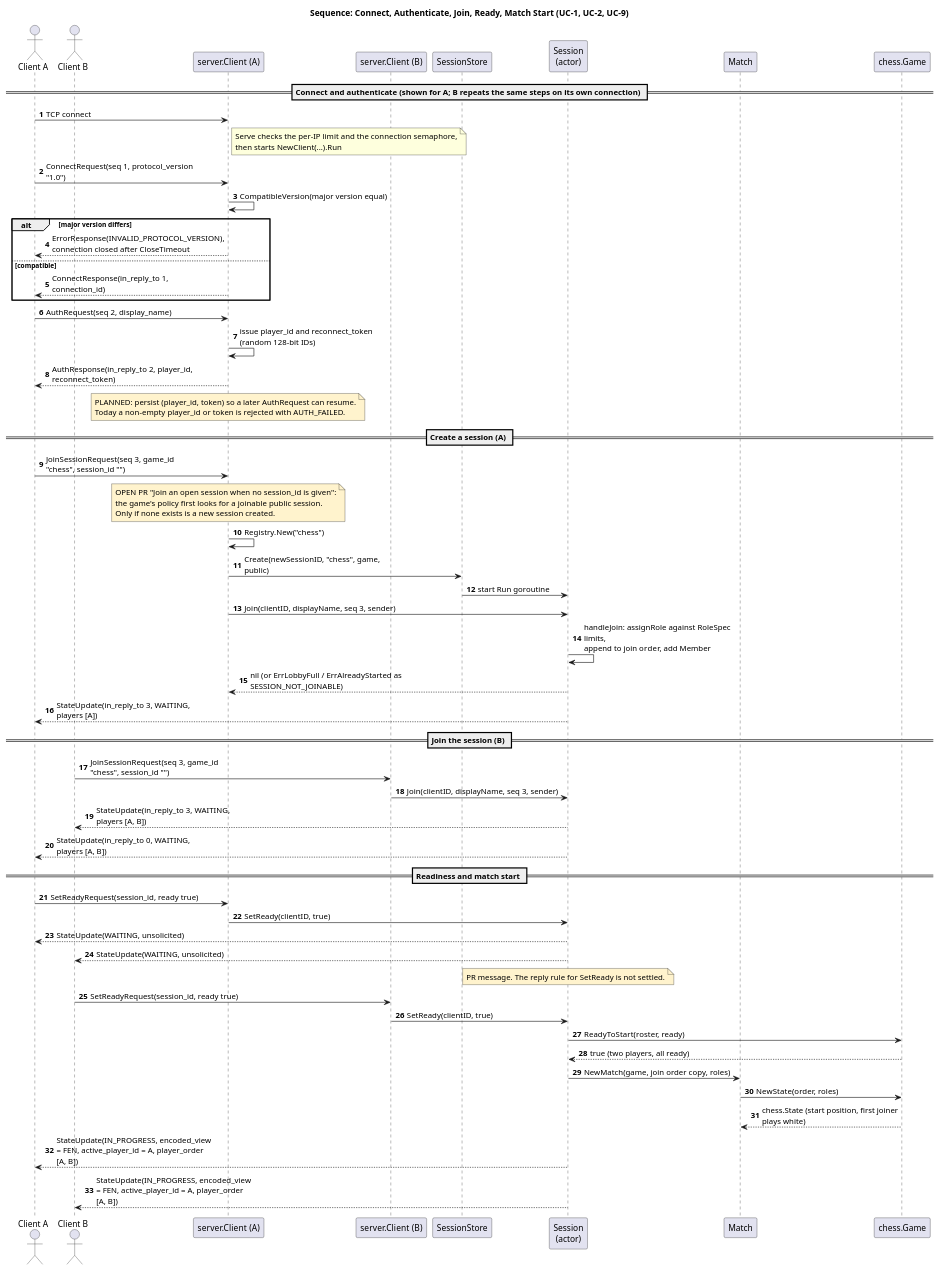
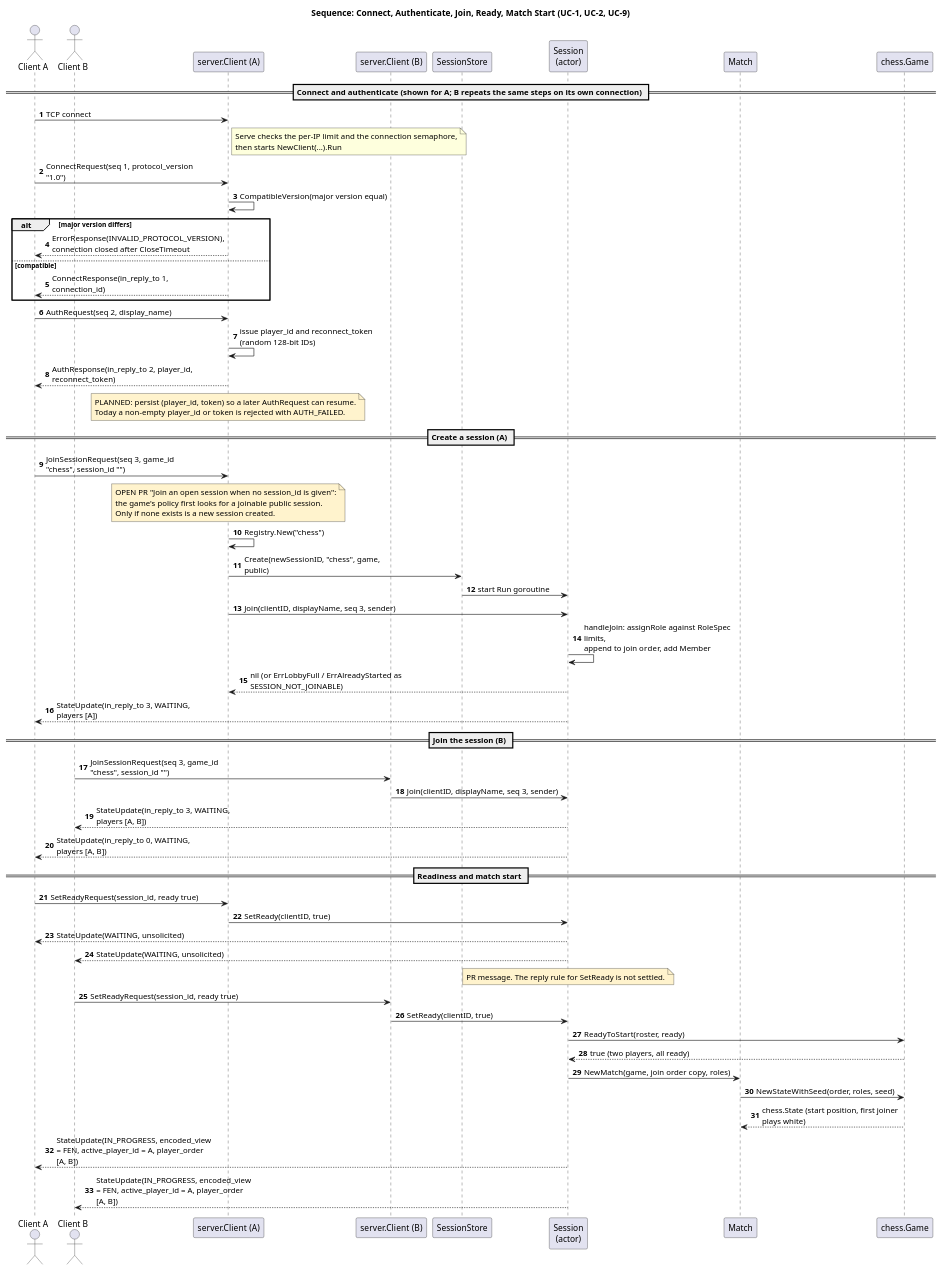
Before and after one commit to stevenlagoy/RAMServer-Core: the diagram in docs/diagrams/07_seq_connect_join_ready_start.puml, drawn with PlantUML. The commit also changed 15 other files, not shown here.

```diff
--- a/docs/diagrams/07_seq_connect_join_ready_start.puml
+++ b/docs/diagrams/07_seq_connect_join_ready_start.puml
@@ -1,71 +1,71 @@
 @startuml 07_seq_connect_join_ready_start
 title Sequence: Connect, Authenticate, Join, Ready, Match Start (UC-1, UC-2, UC-9)
 autonumber
 skinparam shadowing false
 skinparam sequenceMessageAlign left
 skinparam maxMessageSize 260
 
 actor "Client A" as A
 actor "Client B" as B
 participant "server.Client (A)" as CA
 participant "server.Client (B)" as CB
 participant "SessionStore" as SS
 participant "Session\n(actor)" as S
 participant "Match" as M
 participant "chess.Game" as G
 
 == Connect and authenticate (shown for A; B repeats the same steps on its own connection) ==
 A -> CA : TCP connect
 note right of CA : Serve checks the per-IP limit and the connection semaphore,\nthen starts NewClient(...).Run
 A -> CA : ConnectRequest(seq 1, protocol_version "1.0")
 CA -> CA : CompatibleVersion(major version equal)
 alt major version differs
   CA --> A : ErrorResponse(INVALID_PROTOCOL_VERSION), connection closed after CloseTimeout
 else compatible
   CA --> A : ConnectResponse(in_reply_to 1, connection_id)
 end
 A -> CA : AuthRequest(seq 2, display_name)
 CA -> CA : issue player_id and reconnect_token (random 128-bit IDs)
 CA --> A : AuthResponse(in_reply_to 2, player_id, reconnect_token)
 note over CA #FFF3CD
   PLANNED: persist (player_id, token) so a later AuthRequest can resume.
   Today a non-empty player_id or token is rejected with AUTH_FAILED.
 end note
 
 == Create a session (A) ==
 A -> CA : JoinSessionRequest(seq 3, game_id "chess", session_id "")
 note over CA #FFF3CD
   OPEN PR "Join an open session when no session_id is given":
   the game's policy first looks for a joinable public session.
   Only if none exists is a new session created.
 end note
 CA -> CA : Registry.New("chess")
 CA -> SS : Create(newSessionID, "chess", game, public)
 SS -> S : start Run goroutine
 CA -> S : Join(clientID, displayName, seq 3, sender)
 S -> S : handleJoin: assignRole against RoleSpec limits,\nappend to join order, add Member
 S --> CA : nil (or ErrLobbyFull / ErrAlreadyStarted as SESSION_NOT_JOINABLE)
 S --> A : StateUpdate(in_reply_to 3, WAITING, players [A])
 
 == Join the session (B) ==
 B -> CB : JoinSessionRequest(seq 3, game_id "chess", session_id "")
 CB -> S : Join(clientID, displayName, seq 3, sender)
 S --> B : StateUpdate(in_reply_to 3, WAITING, players [A, B])
 S --> A : StateUpdate(in_reply_to 0, WAITING, players [A, B])
 
 == Readiness and match start ==
 A -> CA : SetReadyRequest(session_id, ready true)
 CA -> S : SetReady(clientID, true)
 S --> A : StateUpdate(WAITING, unsolicited)
 S --> B : StateUpdate(WAITING, unsolicited)
 note over S #FFF3CD : PR message. The reply rule for SetReady is not settled.
 B -> CB : SetReadyRequest(session_id, ready true)
 CB -> S : SetReady(clientID, true)
 S -> G : ReadyToStart(roster, ready)
 G --> S : true (two players, all ready)
 S -> M : NewMatch(game, join order copy, roles)
-M -> G : NewState(order, roles)
+M -> G : NewStateWithSeed(order, roles, seed)
 G --> M : chess.State (start position, first joiner plays white)
 S --> A : StateUpdate(IN_PROGRESS, encoded_view = FEN, active_player_id = A, player_order [A, B])
 S --> B : StateUpdate(IN_PROGRESS, encoded_view = FEN, active_player_id = A, player_order [A, B])
 @enduml
```
